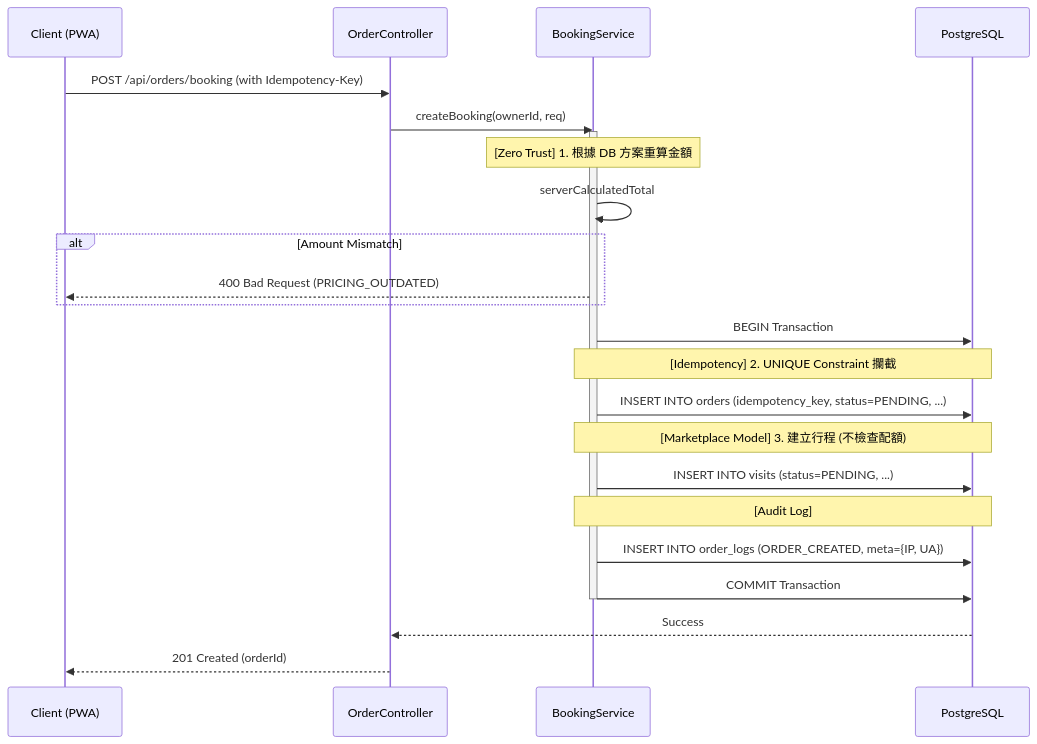
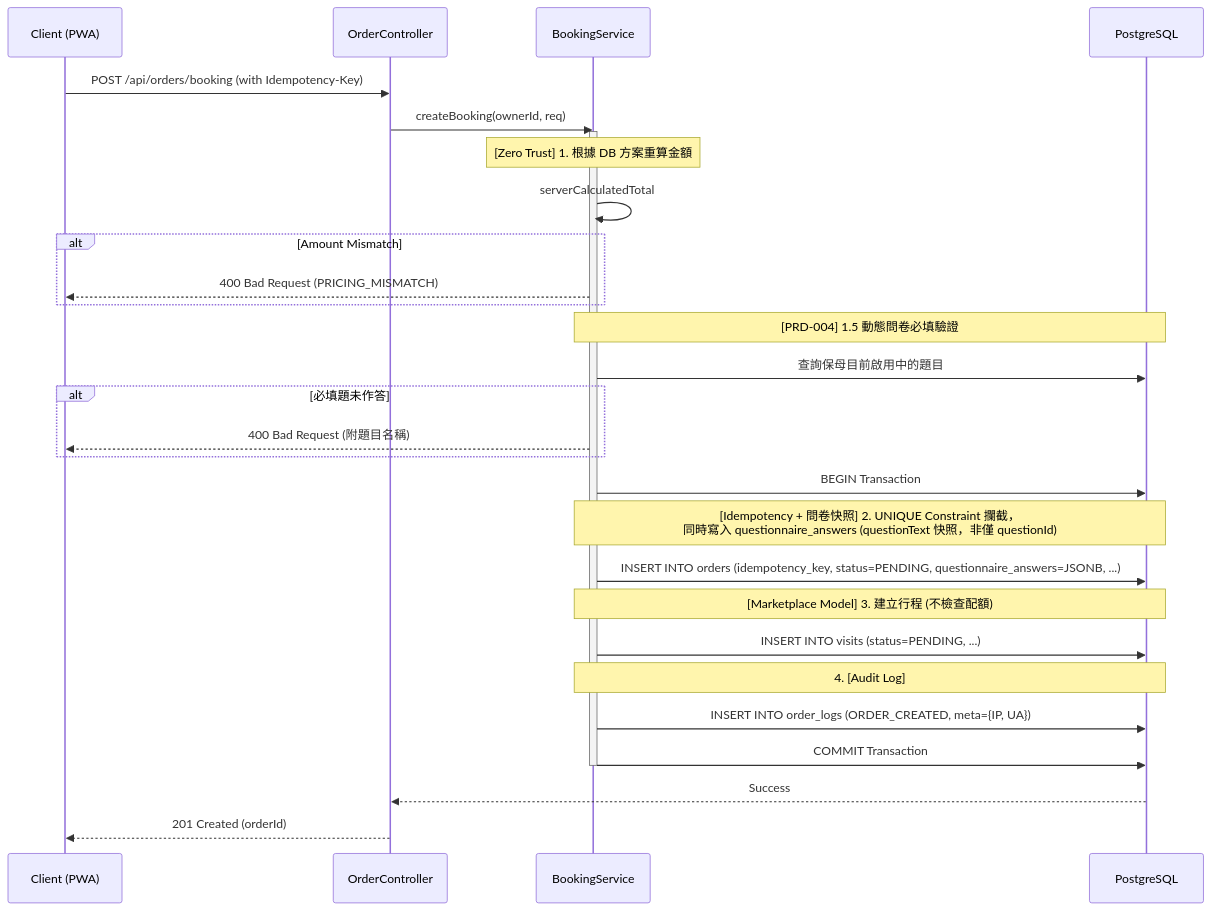
One commit to willchiangch/cat-sitter-project changed the diagram in docs/sd/SD-005-public-booking.md. Above: the diagram before and after it, drawn with Mermaid. The commit also changed other lines of this file and 21 other files, not shown here.

````diff
--- a/docs/sd/SD-005-public-booking.md
+++ b/docs/sd/SD-005-public-booking.md
@@ -62,34 +73,40 @@
 ```mermaid
 sequenceDiagram
     participant C as Client (PWA)
     participant API as OrderController
     participant SVC as BookingService
     participant DB as PostgreSQL
 
     C->>API: POST /api/orders/booking (with Idempotency-Key)
     API->>SVC: createBooking(ownerId, req)
     
     activate SVC
     Note over SVC: [Zero Trust] 1. 根據 DB 方案重算金額
     SVC->>SVC: serverCalculatedTotal
     alt Amount Mismatch
-        SVC-->>C: 400 Bad Request (PRICING_OUTDATED)
+        SVC-->>C: 400 Bad Request (PRICING_MISMATCH)
+    end
+
+    Note over SVC, DB: [PRD-004] 1.5 動態問卷必填驗證
+    SVC->>DB: 查詢保母目前啟用中的題目
+    alt 必填題未作答
+        SVC-->>C: 400 Bad Request (附題目名稱)
     end
 
     SVC->>DB: BEGIN Transaction
     
-    Note over SVC, DB: [Idempotency] 2. UNIQUE Constraint 攔截
-    SVC->>DB: INSERT INTO orders (idempotency_key, status=PENDING, ...)
-    
+    Note over SVC, DB: [Idempotency + 問卷快照] 2. UNIQUE Constraint 攔截，<br/>同時寫入 questionnaire_answers (questionText 快照，非僅 questionId)
+    SVC->>DB: INSERT INTO orders (idempotency_key, status=PENDING, questionnaire_answers=JSONB, ...)
+
     Note over SVC, DB: [Marketplace Model] 3. 建立行程 (不檢查配額)
     SVC->>DB: INSERT INTO visits (status=PENDING, ...)
     
-    Note over SVC, DB: [Audit Log]
+    Note over SVC, DB: 4. [Audit Log]
     SVC->>DB: INSERT INTO order_logs (ORDER_CREATED, meta={IP, UA})
     
     SVC->>DB: COMMIT Transaction
     deactivate SVC
     
     DB-->>API: Success
     API-->>C: 201 Created (orderId)
 ```
````
